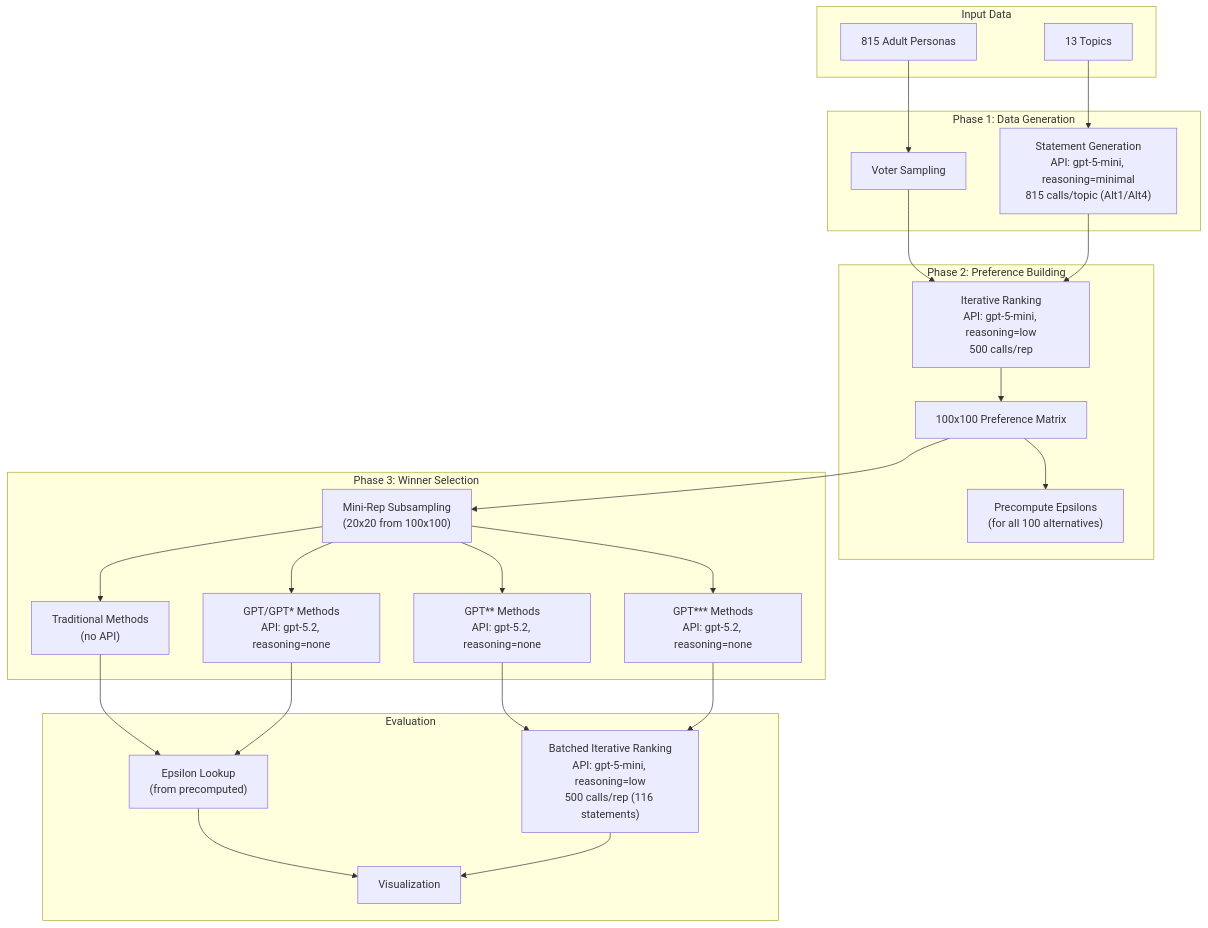
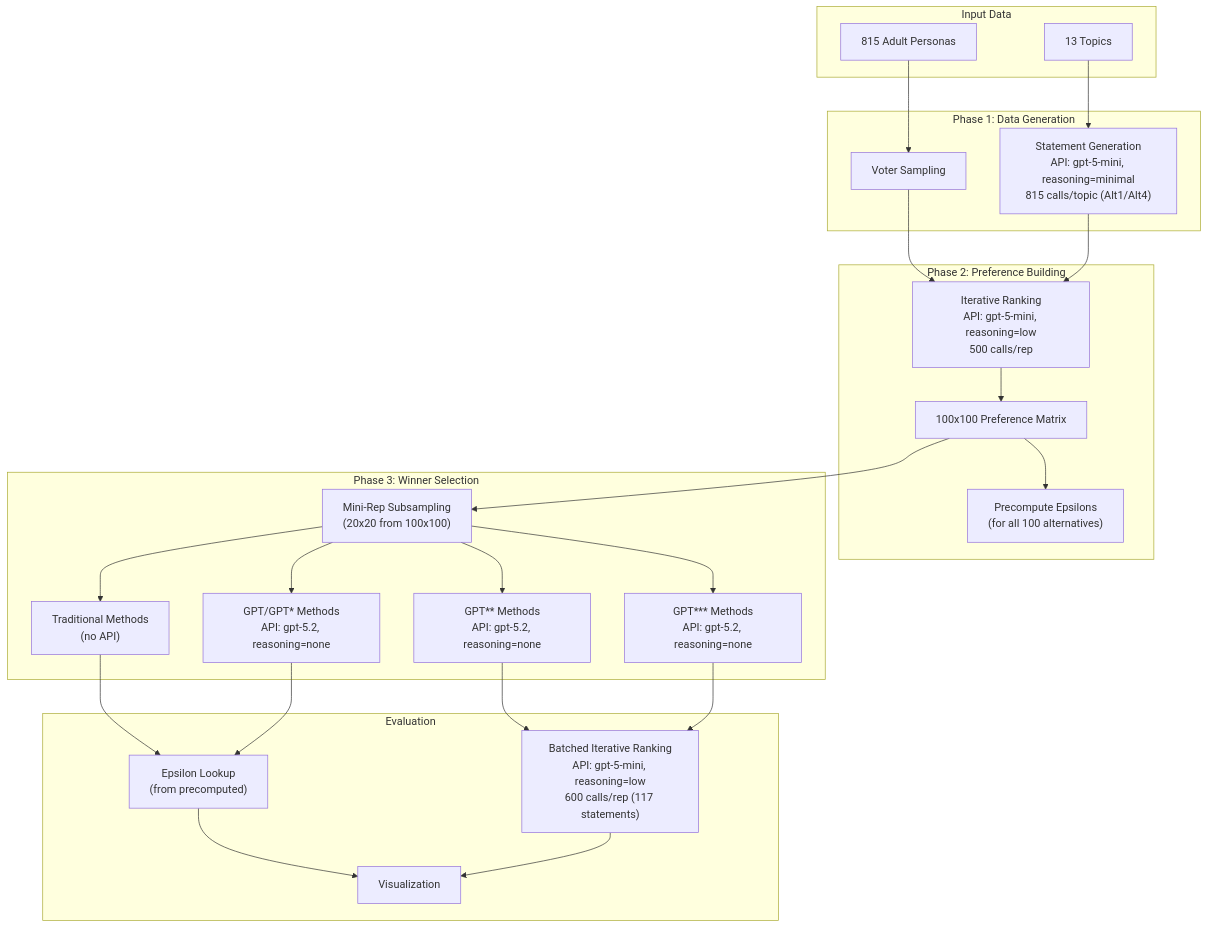
Before and after one commit to jeqcho/single-winner-generative-social-choice: the first of 2 diagrams in README.md, drawn with Mermaid. The commit also changed other lines of this file and 2 other files, not shown here.

````diff
--- a/README.md
+++ b/README.md
@@ -46,50 +46,50 @@
 ```mermaid
 flowchart TD
     subgraph inputs [Input Data]
         P[815 Adult Personas]
         T[13 Topics]
     end
 
     subgraph phase1 [Phase 1: Data Generation]
         VS[Voter Sampling]
         SG["Statement Generation<br/>API: gpt-5-mini, reasoning=minimal<br/>815 calls/topic (Alt1/Alt4)"]
     end
 
     subgraph phase2 [Phase 2: Preference Building]
         PR["Iterative Ranking<br/>API: gpt-5-mini, reasoning=low<br/>500 calls/rep"]
         PM[100x100 Preference Matrix]
         PE["Precompute Epsilons<br/>(for all 100 alternatives)"]
     end
 
     subgraph phase3 [Phase 3: Winner Selection]
         MR["Mini-Rep Subsampling<br/>(20x20 from 100x100)"]
         TM["Traditional Methods<br/>(no API)"]
         GPT0["GPT/GPT* Methods<br/>API: gpt-5.2, reasoning=none"]
         GPT2["GPT** Methods<br/>API: gpt-5.2, reasoning=none"]
         GPT3["GPT*** Methods<br/>API: gpt-5.2, reasoning=none"]
     end
 
     subgraph metrics [Evaluation]
         EL["Epsilon Lookup<br/>(from precomputed)"]
-        BI["Batched Iterative Ranking<br/>API: gpt-5-mini, reasoning=low<br/>500 calls/rep (116 statements)"]
+        BI["Batched Iterative Ranking<br/>API: gpt-5-mini, reasoning=low<br/>600 calls/rep (117 statements)"]
         VIZ[Visualization]
     end
 
     P --> VS
     T --> SG
     VS --> PR
     SG --> PR
     PR --> PM
     PM --> PE
     PM --> MR
     MR --> TM
     MR --> GPT0
     MR --> GPT2
     MR --> GPT3
     TM --> EL
     GPT0 --> EL
     GPT2 --> BI
     GPT3 --> BI
     EL --> VIZ
     BI --> VIZ
 ```
````
